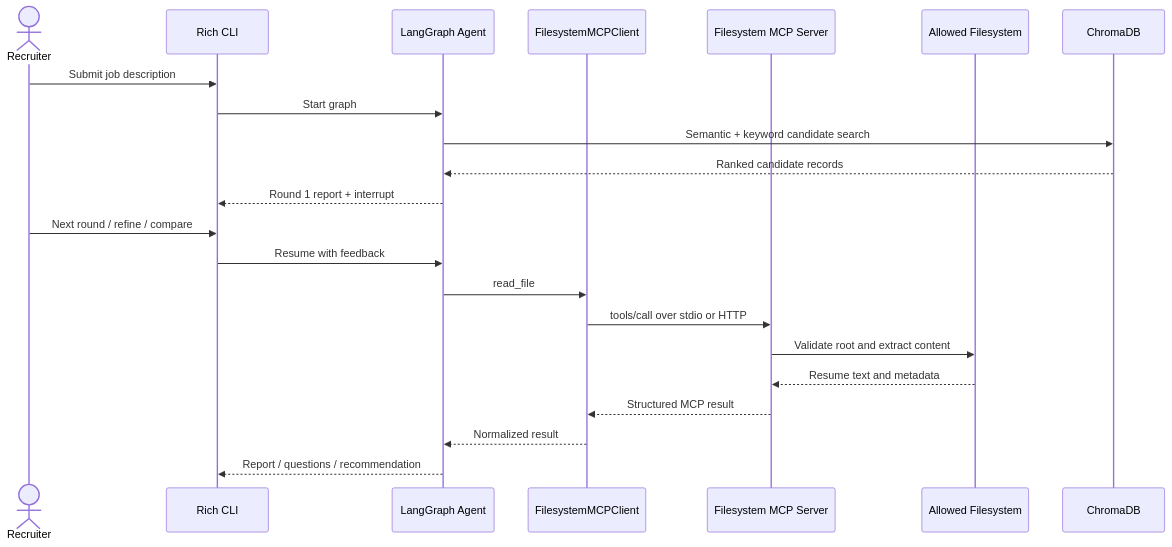
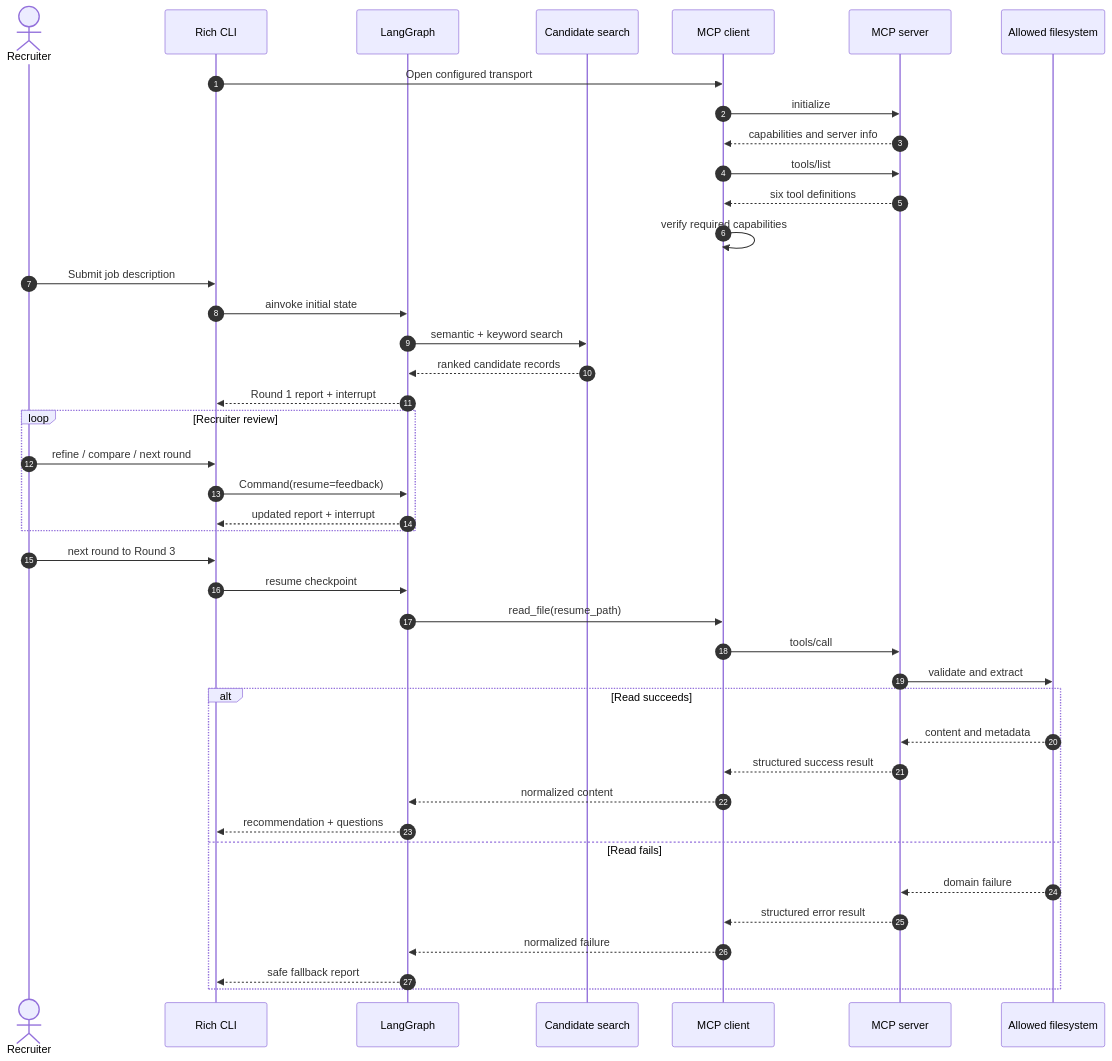
One commit to baigny/MCP-Integration changed the fourth of 6 diagrams in docs/state_machine.md. Above: the diagram before and after it, drawn with Mermaid. The commit also changed other lines of this file and 3 other files, not shown here.

Commit message:
Improve MCP workflow diagrams

```diff
--- a/docs/state_machine.md
+++ b/docs/state_machine.md
@@ -24,24 +89,47 @@
 ~~~mermaid
 sequenceDiagram
+    autonumber
     actor Recruiter
     participant CLI as Rich CLI
-    participant Graph as LangGraph Agent
-    participant Client as FilesystemMCPClient
-    participant Server as Filesystem MCP Server
-    participant FS as Allowed Filesystem
-    participant Chroma as ChromaDB
+    participant Graph as LangGraph
+    participant Search as Candidate search
+    participant Client as MCP client
+    participant Server as MCP server
+    participant FS as Allowed filesystem
+
+    CLI->>Client: Open configured transport
+    Client->>Server: initialize
+    Server-->>Client: capabilities and server info
+    Client->>Server: tools/list
+    Server-->>Client: six tool definitions
+    Client->>Client: verify required capabilities
+
     Recruiter->>CLI: Submit job description
-    CLI->>Graph: Start graph
-    Graph->>Chroma: Semantic + keyword candidate search
-    Chroma-->>Graph: Ranked candidate records
+    CLI->>Graph: ainvoke initial state
+    Graph->>Search: semantic + keyword search
+    Search-->>Graph: ranked candidate records
     Graph-->>CLI: Round 1 report + interrupt
-    Recruiter->>CLI: Next round / refine / compare
-    CLI->>Graph: Resume with feedback
-    Graph->>Client: read_file
-    Client->>Server: tools/call over stdio or HTTP
-    Server->>FS: Validate root and extract content
-    FS-->>Server: Resume text and metadata
-    Server-->>Client: Structured MCP result
-    Client-->>Graph: Normalized result
-    Graph-->>CLI: Report / questions / recommendation
+
+    loop Recruiter review
+        Recruiter->>CLI: refine / compare / next round
+        CLI->>Graph: Command(resume=feedback)
+        Graph-->>CLI: updated report + interrupt
+    end
+
+    Recruiter->>CLI: next round to Round 3
+    CLI->>Graph: resume checkpoint
+    Graph->>Client: read_file(resume_path)
+    Client->>Server: tools/call
+    Server->>FS: validate and extract
+    alt Read succeeds
+        FS-->>Server: content and metadata
+        Server-->>Client: structured success result
+        Client-->>Graph: normalized content
+        Graph-->>CLI: recommendation + questions
+    else Read fails
+        FS-->>Server: domain failure
+        Server-->>Client: structured error result
+        Client-->>Graph: normalized failure
+        Graph-->>CLI: safe fallback report
+    end
 ~~~
```
